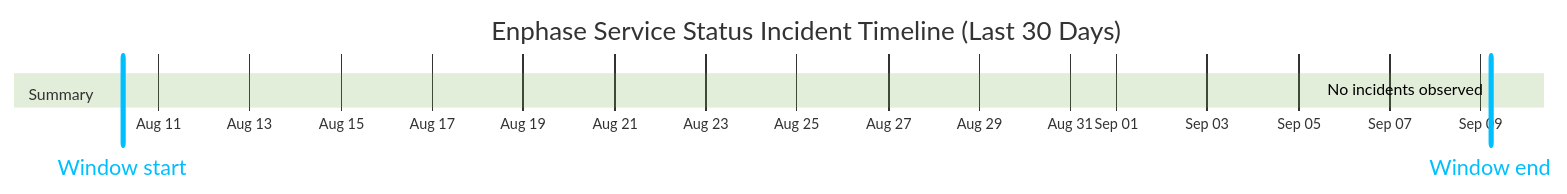
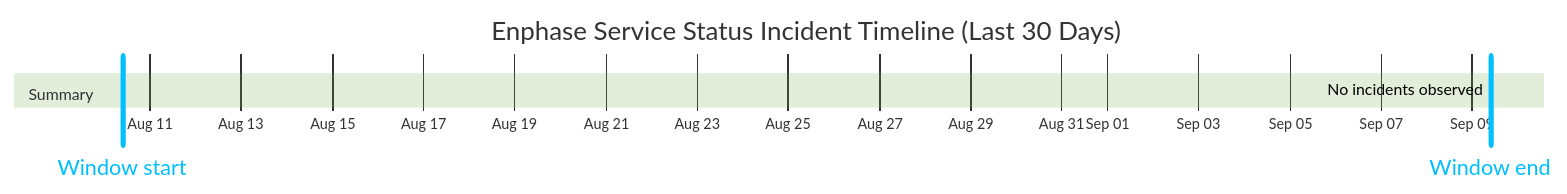
Before and after one commit to barneyonline/ha-enphase-energy: the diagram in wiki/Service-Status-History.md, drawn with Mermaid (forest theme). The commit also changed other lines of this file and 3 other files, not shown here.

````diff
--- a/wiki/Service-Status-History.md
+++ b/wiki/Service-Status-History.md
@@ -14,10 +14,10 @@
 ```mermaid
 gantt
     title Enphase Service Status Incident Timeline (Last 30 Days)
     dateFormat  YYYY-MM-DDTHH:mm:ss
     axisFormat  %b %d
-    Window start :vert, window-start, 2026-08-10T04:58:45, 0ms
-    Window end :vert, window-end, 2026-09-09T04:58:45, 0ms
+    Window start :vert, window-start, 2026-08-10T09:34:01, 0ms
+    Window end :vert, window-end, 2026-09-09T09:34:01, 0ms
     section Summary
-    No incidents observed :done, 2026-09-09T04:58:45, 1m
+    No incidents observed :done, 2026-09-09T09:34:01, 1m
 ```
````
